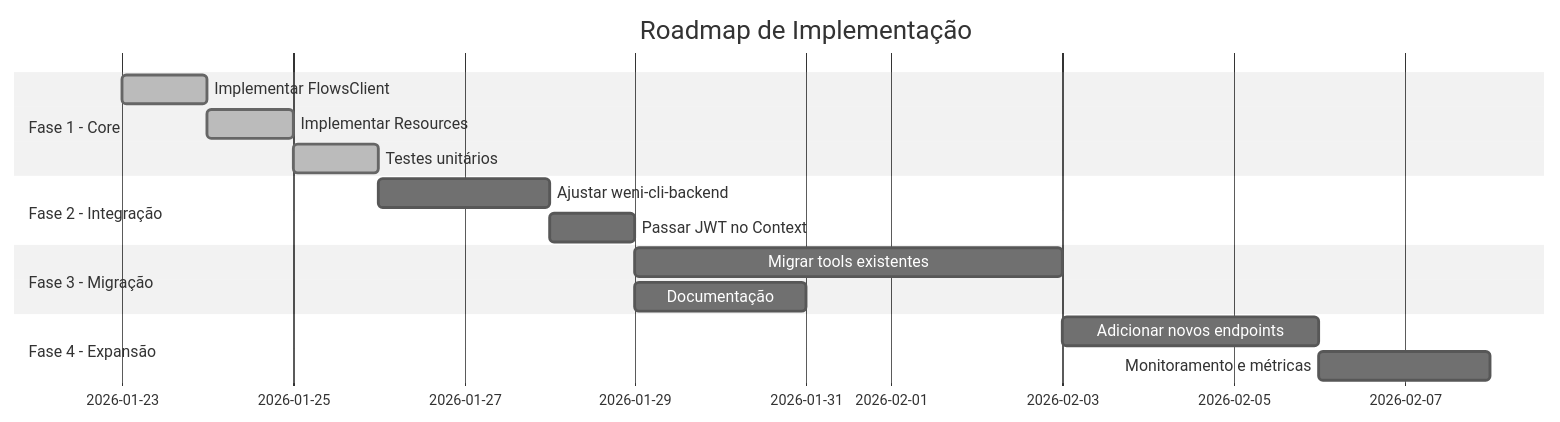
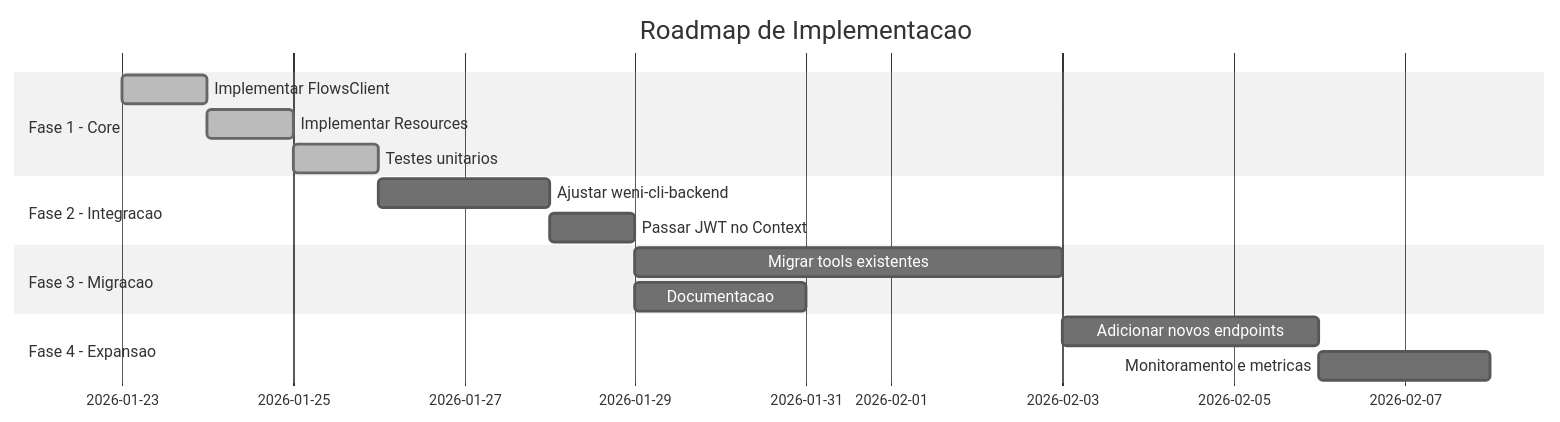
Before and after one commit to weni-ai/agents-toolkit: the tenth of 10 diagrams in docs/architecture/flows-integration-proposal.md, drawn with Mermaid (neutral theme). The commit also changed other lines of this file, not shown here.

````diff
--- a/docs/architecture/flows-integration-proposal.md
+++ b/docs/architecture/flows-integration-proposal.md
@@ -453,21 +448,21 @@
 ```mermaid
 gantt
-    title Roadmap de Implementação
+    title Roadmap de Implementacao
     dateFormat  YYYY-MM-DD
     section Fase 1 - Core
     Implementar FlowsClient           :done, f1, 2026-01-23, 1d
     Implementar Resources             :done, f2, after f1, 1d
-    Testes unitários                  :done, f3, after f2, 1d
+    Testes unitarios                  :done, f3, after f2, 1d
     
-    section Fase 2 - Integração
+    section Fase 2 - Integracao
     Ajustar weni-cli-backend          :f4, after f3, 2d
     Passar JWT no Context             :f5, after f4, 1d
     
-    section Fase 3 - Migração
+    section Fase 3 - Migracao
     Migrar tools existentes           :f6, after f5, 5d
-    Documentação                      :f7, after f5, 2d
+    Documentacao                      :f7, after f5, 2d
     
-    section Fase 4 - Expansão
+    section Fase 4 - Expansao
     Adicionar novos endpoints         :f8, after f6, 3d
-    Monitoramento e métricas          :f9, after f8, 2d
+    Monitoramento e metricas          :f9, after f8, 2d
 ```
````
